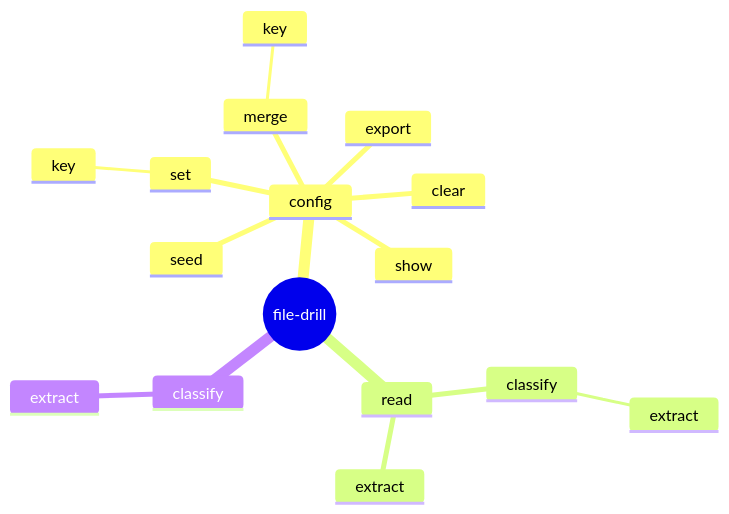
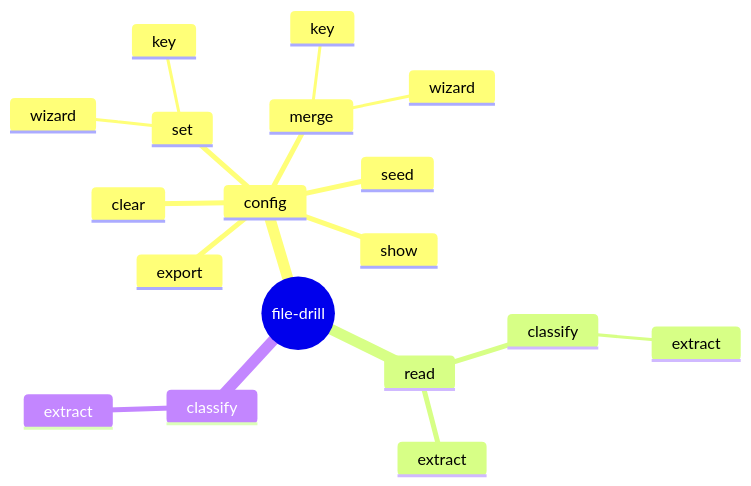
Before and after one commit to danielklecha/file-drill: the diagram in README.md, drawn with Mermaid. The commit also changed 5 other files, not shown here.

````diff
--- a/README.md
+++ b/README.md
@@ -52,19 +52,21 @@
 ```mermaid
 mindmap
   root((file-drill))
     config
       show
       export
       set
         key
+        wizard
       merge
         key
+        wizard
       clear
       seed
     read
       classify
         extract
       extract
     classify
       extract
 ```
````
